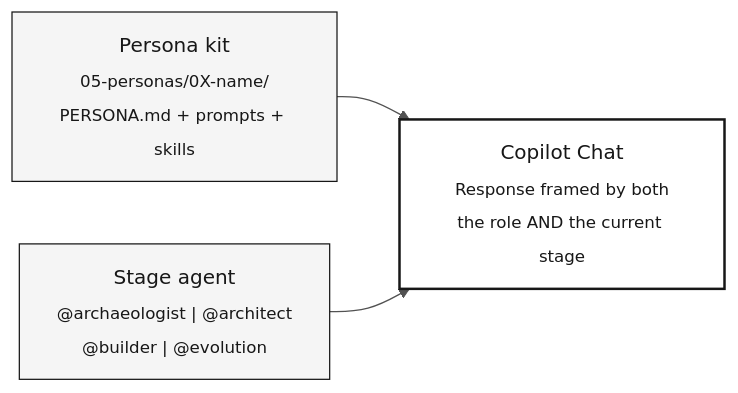
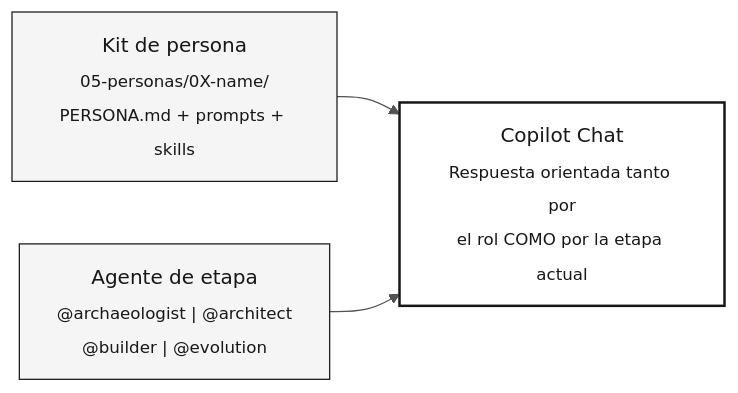
One commit to paulasilvatech/datacorp-sifap-team-kit-pt-br changed the diagram in 07-concepts/02-agents-and-personas.md. Above: the diagram before and after it, drawn with Mermaid. The commit also changed other lines of this file and 386 other files, not shown here.

````diff
--- a/07-concepts/02-agents-and-personas.md
+++ b/07-concepts/02-agents-and-personas.md
@@ -43,14 +43,14 @@
 ```mermaid
 %%{init: {'theme':'neutral','themeVariables':{'fontFamily':'ui-sans-serif, system-ui, sans-serif','primaryColor':'#F5F5F5','primaryTextColor':'#171717','primaryBorderColor':'#171717','lineColor':'#525252','secondaryColor':'#FFFFFF','tertiaryColor':'#FAFAFA','background':'#FFFFFF'}}}%%
 flowchart LR
     classDef step fill:#F5F5F5,stroke:#171717,color:#171717
     classDef result fill:#FFFFFF,stroke:#171717,color:#171717,stroke-width:2px
     classDef muted fill:#FAFAFA,stroke:#A3A3A3,color:#404040
 
-    P["Persona kit<br/><sub>05-personas/0X-name/<br/>PERSONA.md + prompts + skills</sub>"]:::step
-    A["Stage agent<br/><sub>@archaeologist | @architect<br/>@builder | @evolution</sub>"]:::step
-    C["Copilot Chat<br/><sub>Response framed by both<br/>the role AND the current stage</sub>"]:::result
+    P["Kit de persona<br/><sub>05-personas/0X-name/<br/>PERSONA.md + prompts + skills</sub>"]:::step
+    A["Agente de etapa<br/><sub>@archaeologist | @architect<br/>@builder | @evolution</sub>"]:::step
+    C["Copilot Chat<br/><sub>Respuesta orientada tanto por<br/>el rol COMO por la etapa actual</sub>"]:::result
 
     P --> C
     A --> C
 ```
````
